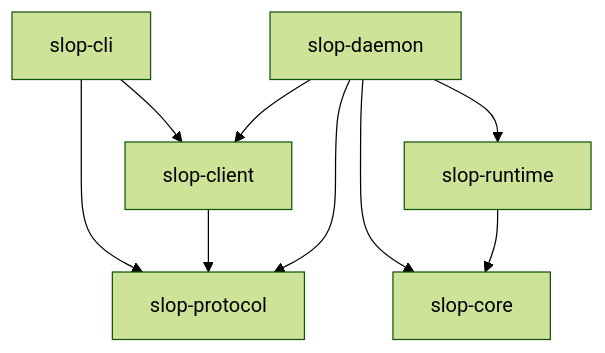
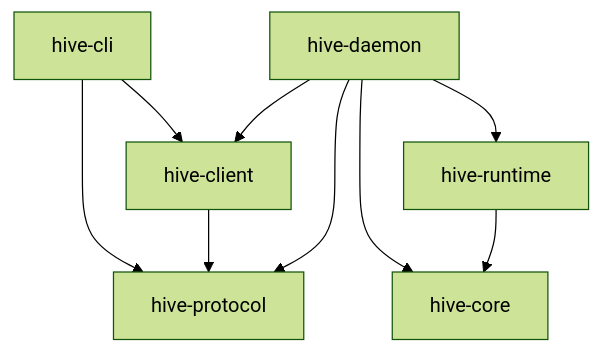
The second of 2 diagrams in docs/architecture.md (Araozu/slopconductor), drawn with Mermaid (forest theme) before and after one commit. The commit also changed other lines of this file and 419 other files, not shown here.

Commit message:
Rename Rust crates and CLI to Hive

````diff
--- a/docs/architecture.md
+++ b/docs/architecture.md
@@ -74,11 +74,11 @@
 ```mermaid
 flowchart TD
-    CLI[slop-cli] --> Client[slop-client]
-    CLI --> Protocol[slop-protocol]
+    CLI[hive-cli] --> Client[hive-client]
+    CLI --> Protocol[hive-protocol]
     Client --> Protocol
-    Daemon[slop-daemon] --> Client[slop-client]
+    Daemon[hive-daemon] --> Client[hive-client]
     Daemon --> Protocol
-    Daemon --> Runtime[slop-runtime]
-    Daemon --> Core[slop-core]
-    Runtime --> Core[slop-core]
+    Daemon --> Runtime[hive-runtime]
+    Daemon --> Core[hive-core]
+    Runtime --> Core[hive-core]
 ```
````
